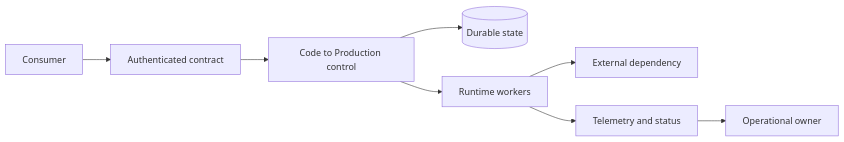
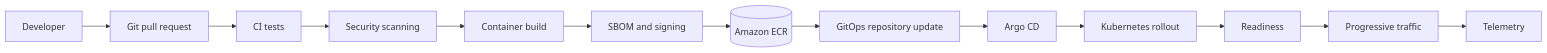
One commit to m1mohamad/devops-sre-prep changed the diagram in docs/architecture/code-to-production.md. Above: the diagram before and after it, drawn with Mermaid. The commit also changed other lines of this file and 61 other files, not shown here.

Commit message:
Replace generic architecture and study templates

````diff
--- a/docs/architecture/code-to-production.md
+++ b/docs/architecture/code-to-production.md
@@ -15,10 +15,7 @@
 ```mermaid
 flowchart LR
-  User[Consumer] --> Edge[Authenticated contract]
-  Edge --> Control[Code to Production control]
-  Control --> State[(Durable state)]
-  Control --> Runtime[Runtime workers]
-  Runtime --> Dependency[External dependency]
-  Runtime --> Signals[Telemetry and status]
-  Signals --> Owner[Operational owner]
+  Dev[Developer] --> PR[Git pull request] --> Tests[CI tests] --> Scan[Security scanning]
+  Scan --> Build[Container build] --> Sign[SBOM and signing] --> ECR[(Amazon ECR)]
+  ECR --> Update[GitOps repository update] --> Argo[Argo CD] --> Rollout[Kubernetes rollout]
+  Rollout --> Ready[Readiness] --> Traffic[Progressive traffic] --> Telemetry[Telemetry]
 ```
````
